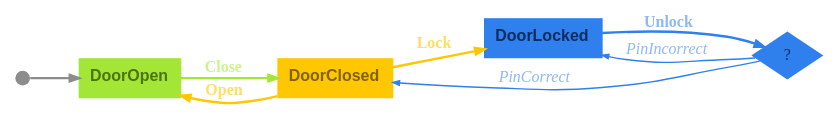
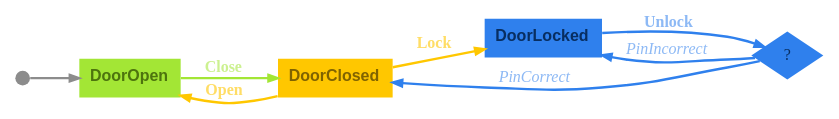
One commit to m-bock/purescript-transit changed the diagram in renders/door-pin_graph-dark.dot. Above: the diagram before and after it, drawn with Graphviz. The commit also changed 33 other files, not shown here.

Commit message:
Update Graphviz rendering

```diff
--- a/renders/door-pin_graph-dark.dot
+++ b/renders/door-pin_graph-dark.dot
@@ -1,16 +1,16 @@
 digraph 
 {
 rankdir = "TD";fontname = "Arial";labelloc = "t";fontsize = 12.0;bgcolor = "#00000000";color = "#c8c8c8";fontcolor = "#c8c8c8";layout = "dot";rankdir = "LR"
-DoorOpen [shape = "box", label = <<b>DoorOpen</b>>, fontsize = 12.0, style = "filled", fillcolor = "#a3e635", fontcolor = "#4d740e", color = "#a3e635", fontname = "Arial", labelloc = "c", penwidth = 1.0, height = 0.4]
+DoorOpen [shape = "box", label = <<b>DoorOpen</b>>, fontsize = 12.0, style = "filled", fillcolor = "#a3e635", fontcolor = "#4d740e", color = "#a3e635", fontname = "Arial", labelloc = "c", penwidth = 0.0, height = 0.4]
 __Start__ [shape = "circle", label = "", width = 0.15, height = 0.15, fixedsize = true, style = "filled", fillcolor = "#8c8c8c", penwidth = 0.0]
 __Start__ -> DoorOpen [color = "#8c8c8c", fontsize = 12.0, arrowsize = "0.7", penwidth = 1.8]
 DoorOpen -> DoorClosed [color = "#a3e635", fontcolor = "#ccf190", fontsize = 12.0, arrowsize = "0.7", label = <<b>Close</b>>, penwidth = 1.8]
-DoorClosed [shape = "box", label = <<b>DoorClosed</b>>, fontsize = 12.0, style = "filled", fillcolor = "#ffc700", fontcolor = "#806300", color = "#ffc700", fontname = "Arial", labelloc = "c", penwidth = 1.0, height = 0.4]
+DoorClosed [shape = "box", label = <<b>DoorClosed</b>>, fontsize = 12.0, style = "filled", fillcolor = "#ffc700", fontcolor = "#806300", color = "#ffc700", fontname = "Arial", labelloc = "c", penwidth = 0.0, height = 0.4]
 DoorClosed -> DoorOpen [color = "#ffc700", fontcolor = "#ffdd66", fontsize = 12.0, arrowsize = "0.7", label = <<b>Open</b>>, penwidth = 1.8]
 DoorClosed -> DoorLocked [color = "#ffc700", fontcolor = "#ffdd66", fontsize = 12.0, arrowsize = "0.7", label = <<b>Lock</b>>, penwidth = 1.8]
-DoorLocked [shape = "box", label = <<b>DoorLocked</b>>, fontsize = 12.0, style = "filled", fillcolor = "#2f80ed", fontcolor = "#082e61", color = "#2f80ed", fontname = "Arial", labelloc = "c", penwidth = 1.0, height = 0.4]
+DoorLocked [shape = "box", label = <<b>DoorLocked</b>>, fontsize = 12.0, style = "filled", fillcolor = "#2f80ed", fontcolor = "#082e61", color = "#2f80ed", fontname = "Arial", labelloc = "c", penwidth = 0.0, height = 0.4]
 decision_DoorLocked_Unlock [shape = "diamond", label = "?", fontsize = 12.0, fontcolor = "#082e61", style = "filled", fillcolor = "#2f80ed", penwidth = 0.0]
 DoorLocked -> decision_DoorLocked_Unlock [color = "#2f80ed", fontcolor = "#8db9f5", fontsize = 12.0, arrowsize = "0.7", label = <<b>Unlock</b>>, penwidth = 1.8]
-decision_DoorLocked_Unlock -> DoorLocked [color = "#2f80ed", fontcolor = "#8db9f5", fontsize = 12.0, arrowsize = "0.5", label = <<i>PinIncorrect</i>>, penwidth = 1.0]
-decision_DoorLocked_Unlock -> DoorClosed [color = "#2f80ed", fontcolor = "#8db9f5", fontsize = 12.0, arrowsize = "0.5", label = <<i>PinCorrect</i>>, penwidth = 1.0]
+decision_DoorLocked_Unlock -> DoorLocked [color = "#2f80ed", fontcolor = "#8db9f5", fontsize = 12.0, arrowsize = "0.7", label = <<i>PinIncorrect</i>>, penwidth = 1.8]
+decision_DoorLocked_Unlock -> DoorClosed [color = "#2f80ed", fontcolor = "#8db9f5", fontsize = 12.0, arrowsize = "0.7", label = <<i>PinCorrect</i>>, penwidth = 1.8]
 }
```
